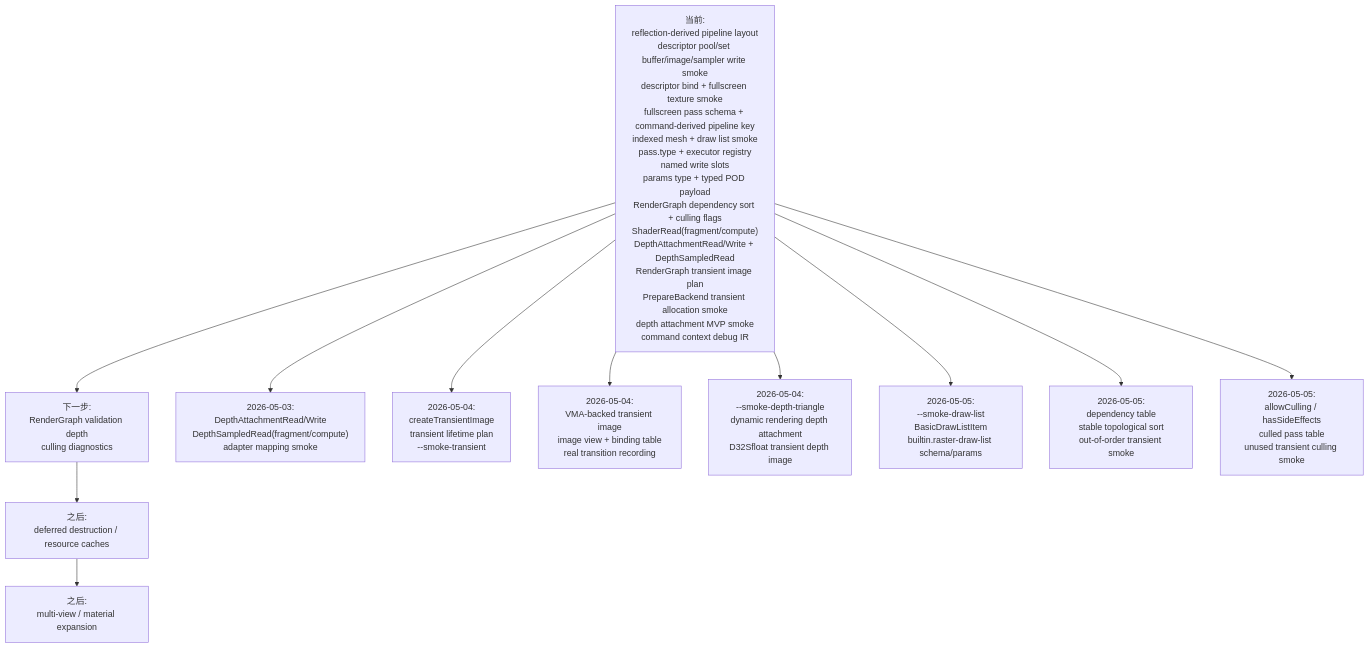
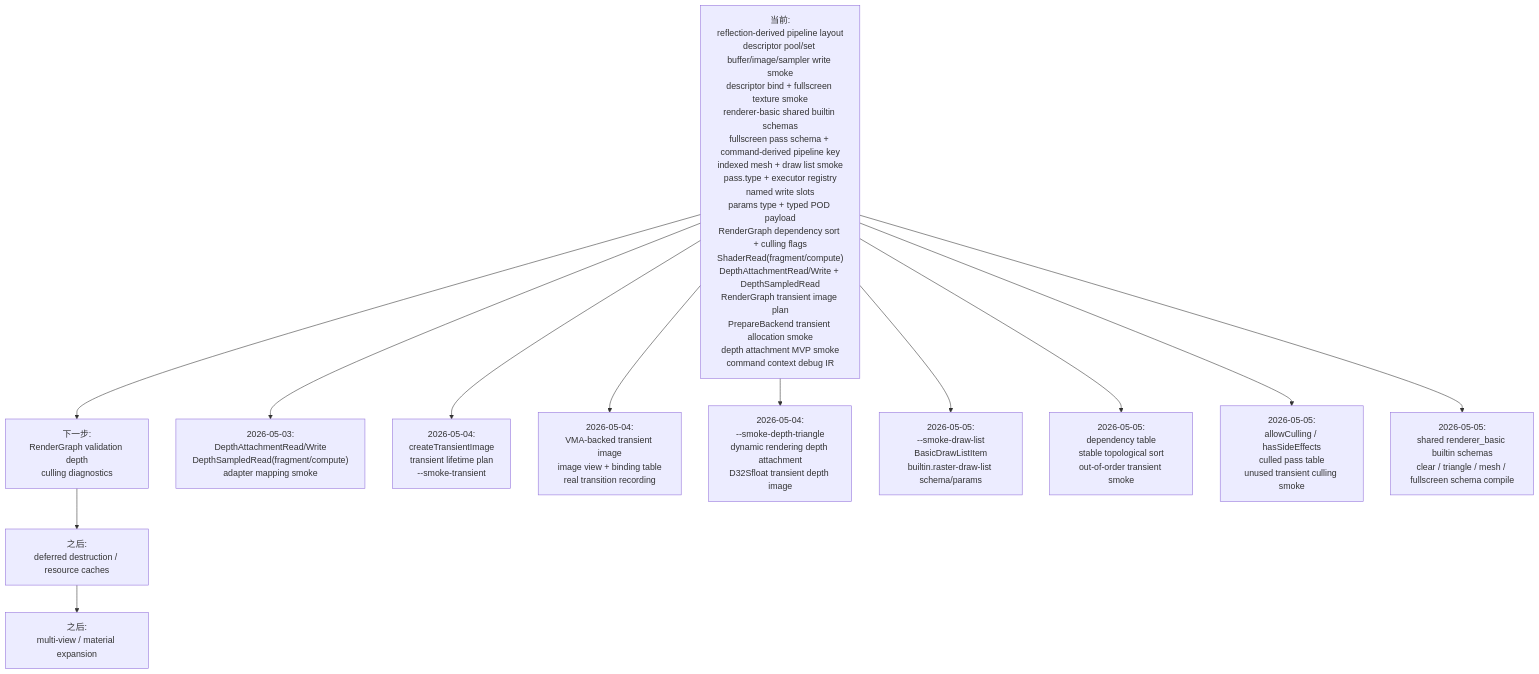
One commit to 66six11/Engine changed diagram 14 of 14 in docs/flow-architecture.md. Above: the diagram before and after it, drawn with Mermaid. The commit also changed other lines of this file and 5 other files, not shown here.

Commit message:
feat(renderer-basic): share typed graph schemas

````diff
--- a/docs/flow-architecture.md
+++ b/docs/flow-architecture.md
@@ -572,24 +575,26 @@
 ```mermaid
 flowchart TD
-    Now["当前:<br/>reflection-derived pipeline layout<br/>descriptor pool/set buffer/image/sampler write smoke<br/>descriptor bind + fullscreen texture smoke<br/>fullscreen pass schema + command-derived pipeline key<br/>indexed mesh + draw list smoke<br/>pass.type + executor registry<br/>named write slots<br/>params type + typed POD payload<br/>RenderGraph dependency sort + culling flags<br/>ShaderRead(fragment/compute)<br/>DepthAttachmentRead/Write + DepthSampledRead<br/>RenderGraph transient image plan<br/>PrepareBackend transient allocation smoke<br/>depth attachment MVP smoke<br/>command context debug IR"]
+    Now["当前:<br/>reflection-derived pipeline layout<br/>descriptor pool/set buffer/image/sampler write smoke<br/>descriptor bind + fullscreen texture smoke<br/>renderer-basic shared builtin schemas<br/>fullscreen pass schema + command-derived pipeline key<br/>indexed mesh + draw list smoke<br/>pass.type + executor registry<br/>named write slots<br/>params type + typed POD payload<br/>RenderGraph dependency sort + culling flags<br/>ShaderRead(fragment/compute)<br/>DepthAttachmentRead/Write + DepthSampledRead<br/>RenderGraph transient image plan<br/>PrepareBackend transient allocation smoke<br/>depth attachment MVP smoke<br/>command context debug IR"]
     Step1["下一步:<br/>RenderGraph validation depth<br/>culling diagnostics"]
     Step2["之后:<br/>deferred destruction / resource caches"]
     Step3["之后:<br/>multi-view / material expansion"]
 
     Now --> Step1 --> Step2 --> Step3
 
     DepthStateUpdate["2026-05-03:<br/>DepthAttachmentRead/Write<br/>DepthSampledRead(fragment/compute)<br/>adapter mapping smoke"]
     Now --> DepthStateUpdate
     TransientUpdate["2026-05-04:<br/>createTransientImage<br/>transient lifetime plan<br/>--smoke-transient"]
     Now --> TransientUpdate
     TransientVkUpdate["2026-05-04:<br/>VMA-backed transient image<br/>image view + binding table<br/>real transition recording"]
     Now --> TransientVkUpdate
     DepthTriangleUpdate["2026-05-04:<br/>--smoke-depth-triangle<br/>dynamic rendering depth attachment<br/>D32Sfloat transient depth image"]
     Now --> DepthTriangleUpdate
     DrawListUpdate["2026-05-05:<br/>--smoke-draw-list<br/>BasicDrawListItem<br/>builtin.raster-draw-list schema/params"]
     Now --> DrawListUpdate
     DependencySortUpdate["2026-05-05:<br/>dependency table<br/>stable topological sort<br/>out-of-order transient smoke"]
     Now --> DependencySortUpdate
     CullingUpdate["2026-05-05:<br/>allowCulling / hasSideEffects<br/>culled pass table<br/>unused transient culling smoke"]
     Now --> CullingUpdate
+    BuiltinSchemaUpdate["2026-05-05:<br/>shared renderer_basic builtin schemas<br/>clear / triangle / mesh / fullscreen schema compile"]
+    Now --> BuiltinSchemaUpdate
 ```
````
